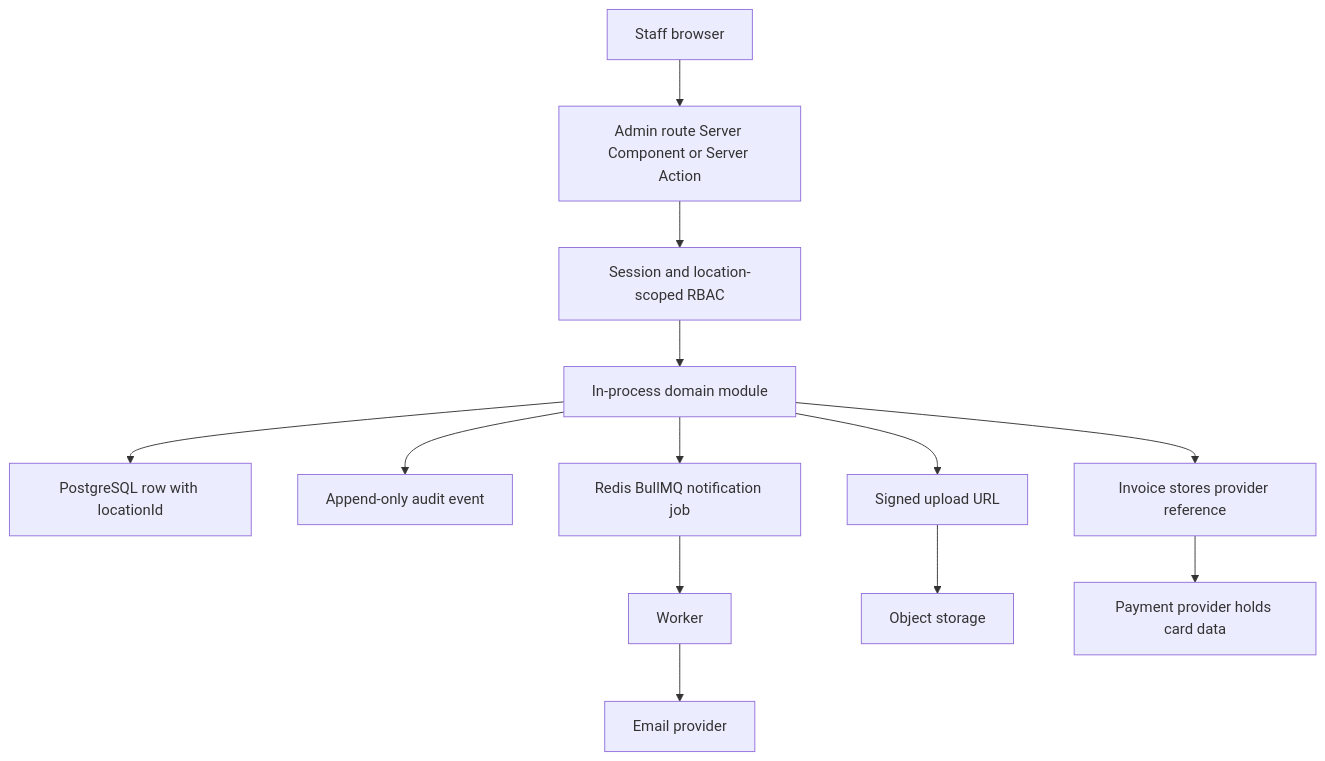
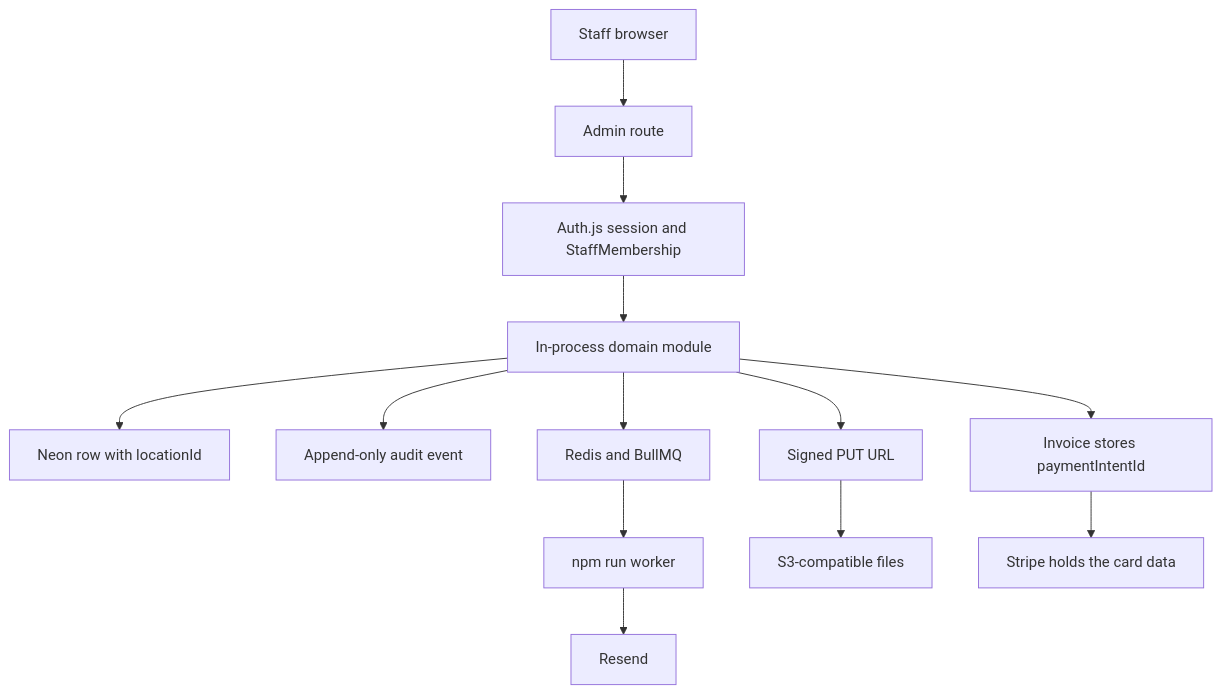
One commit to Srideep/Berlin-Auto-Works changed the second of 3 diagrams in README.md. Above: the diagram before and after it, drawn with Mermaid. The commit also changed other lines of this file and 1 other file, not shown here.

First line of the commit message:
Update the architecture diagrams for the wired systems. (#14)

````diff
--- a/README.md
+++ b/README.md
@@ -66,15 +66,15 @@
 ```mermaid
 flowchart TB
-  staff[Staff browser] --> admin["Admin route Server Component or Server Action"]
-  admin --> authz["Session and location-scoped RBAC"]
+  staff[Staff browser] --> admin["Admin route"]
+  admin --> authz["Auth.js session and StaffMembership"]
   authz --> module["In-process domain module"]
-  module --> db["PostgreSQL row with locationId"]
+  module --> neon["Neon row with locationId"]
   module --> auditEvent["Append-only audit event"]
-  module --> queue["Redis BullMQ notification job"]
-  queue --> worker[Worker]
-  worker --> email[Email provider]
-  module --> signed["Signed upload URL"]
-  signed --> storage[Object storage]
-  module --> invoiceRef["Invoice stores provider reference"]
-  invoiceRef --> psp["Payment provider holds card data"]
+  module --> queue["Redis and BullMQ"]
+  queue --> worker["npm run worker"]
+  worker --> email[Resend]
+  module --> signed["Signed PUT URL"]
+  signed --> storage["S3-compatible files"]
+  module --> invoiceRef["Invoice stores paymentIntentId"]
+  invoiceRef --> stripe["Stripe holds the card data"]
 ```
````
